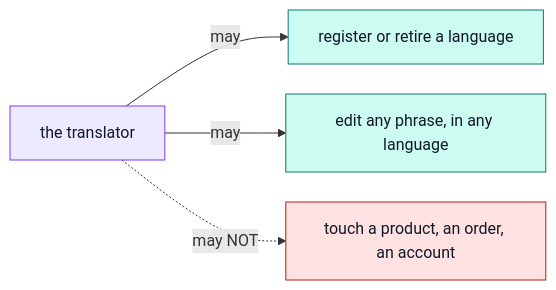
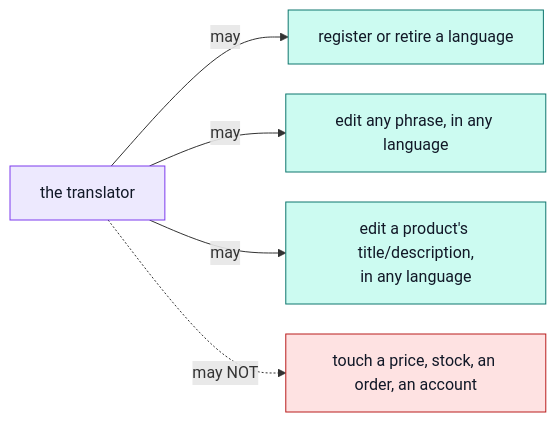
Before and after one commit to Guebbit/boilerplate-node-backend: the diagram in docs/demo-ecommerce/translator.md, drawn with Mermaid. The commit also changed other lines of this file and 6 other files, not shown here.

````diff
--- a/docs/demo-ecommerce/translator.md
+++ b/docs/demo-ecommerce/translator.md
@@ -14,14 +15,15 @@
 ```mermaid
 %%{init: {'flowchart': {'nodeSpacing': 30, 'rankSpacing': 55}}}%%
 flowchart LR
     T["the translator"] -->|"may"| A["register or retire a language"]
     T -->|"may"| B["edit any phrase, in any language"]
-    T -.->|"may NOT"| C["touch a product, an order, an account"]
+    T -->|"may"| D["edit a product's title/description,<br/>in any language"]
+    T -.->|"may NOT"| C["touch a price, stock, an order, an account"]
 
     classDef staff fill:#ede9fe,stroke:#7c3aed,color:#111827;
     classDef can fill:#ccfbf1,stroke:#0f766e,color:#111827;
     classDef cannot fill:#fee2e2,stroke:#b91c1c,color:#111827;
     class T staff;
-    class A,B can;
+    class A,B,D can;
     class C cannot;
 ```
````
